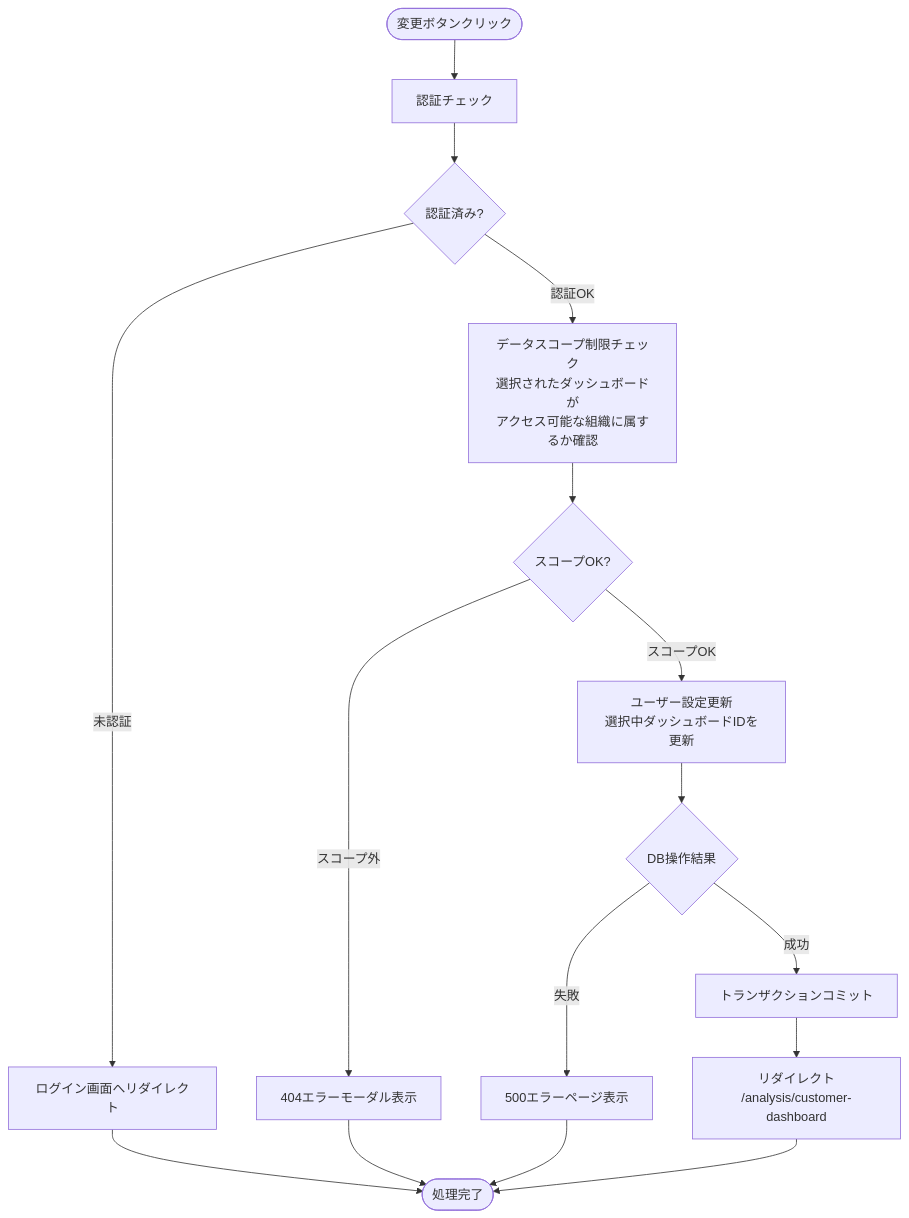
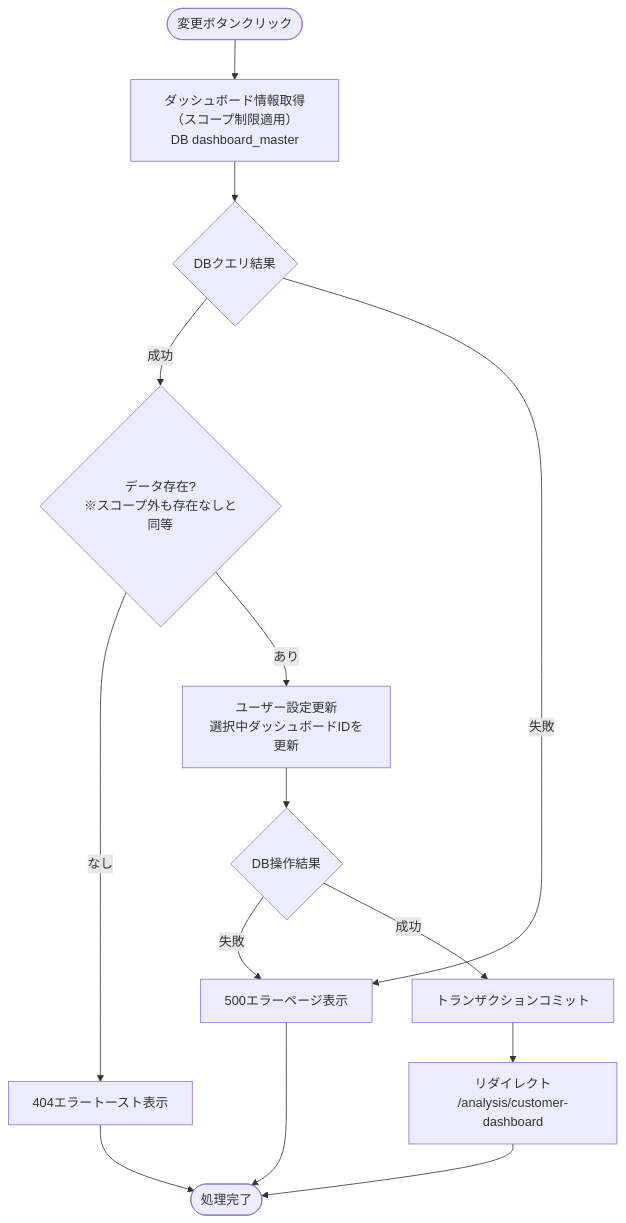
Before and after one commit to NSW-SVCP-AIWG002/Databricks-IoT: the fourth of 17 diagrams in docs/03-features/flask-app/customer-dashboard/common/workflow-specification.md, drawn with Mermaid. The commit also changed other lines of this file and 3 other files, not shown here.

````diff
--- a/docs/03-features/flask-app/customer-dashboard/common/workflow-specification.md
+++ b/docs/03-features/flask-app/customer-dashboard/common/workflow-specification.md
@@ -904,21 +1110,20 @@
 ```mermaid
 flowchart TD
-    Start([変更ボタンクリック]) --> Auth[認証チェック]
-    Auth --> CheckAuth{認証済み?}
-    CheckAuth -->|未認証| LoginRedirect[ログイン画面へリダイレクト]
+    Start([変更ボタンクリック]) --> DashboardQuery[ダッシュボード情報取得（スコープ制限適用）<br>DB dashboard_master]
+    DashboardQuery --> CheckDashboardQuery{DBクエリ結果}
+    CheckDashboardQuery -->|成功| CheckDashboard{データ存在?<br>※スコープ外も存在なしと同等}
+    CheckDashboardQuery -->|失敗| Error500[500エラーページ表示]
 
-    CheckAuth -->|認証OK| Scope[データスコープ制限チェック<br>選択されたダッシュボードが<br>アクセス可能な組織に属するか確認]
-    Scope --> CheckScope{スコープOK?}
-    CheckScope -->|スコープ外| Error404[404エラーモーダル表示]
+    CheckDashboard -->|なし| Error404[404エラートースト表示]
+    CheckDashboard -->|あり| UpdateSetting[ユーザー設定更新<br>選択中ダッシュボードIDを更新]
 
-    CheckScope -->|スコープOK| UpdateSetting[ユーザー設定更新<br>選択中ダッシュボードIDを更新]
     UpdateSetting --> CheckUpdate{DB操作結果}
     CheckUpdate -->|失敗| Error500[500エラーページ表示]
     CheckUpdate -->|成功| Commit[トランザクションコミット]
+
     Commit --> Redirect[リダイレクト<br>/analysis/customer-dashboard]
 
-    LoginRedirect --> End([処理完了])
-    Redirect --> End
+    Redirect --> End([処理完了])
     Error404 --> End
     Error500 --> End
 ```
````
